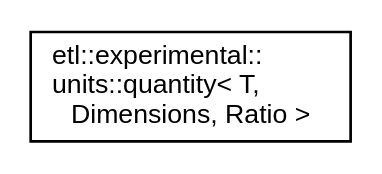
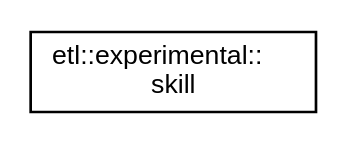
The diagram in inherit_graph_19.dot (tobanteAudio/taetl), drawn with Graphviz before and after one commit. The commit also changed 187 other files, not shown here.

```diff
--- a/inherit_graph_19.dot
+++ b/inherit_graph_19.dot
@@ -1,7 +1,7 @@
 digraph "Graphical Class Hierarchy"
 {
   edge [fontname="Helvetica",fontsize="10",labelfontname="Helvetica",labelfontsize="10"];
   node [fontname="Helvetica",fontsize="10",shape=record];
   rankdir="LR";
-  Node0 [label="etl::experimental::\lunits::quantity\< T,\l Dimensions, Ratio \>",height=0.2,width=0.4,color="black", fillcolor="white", style="filled",URL="$structetl_1_1experimental_1_1units_1_1quantity.html"];
+  Node0 [label="etl::experimental::\lskill",height=0.2,width=0.4,color="black", fillcolor="white", style="filled",URL="$structetl_1_1experimental_1_1skill.html"];
 }
```
